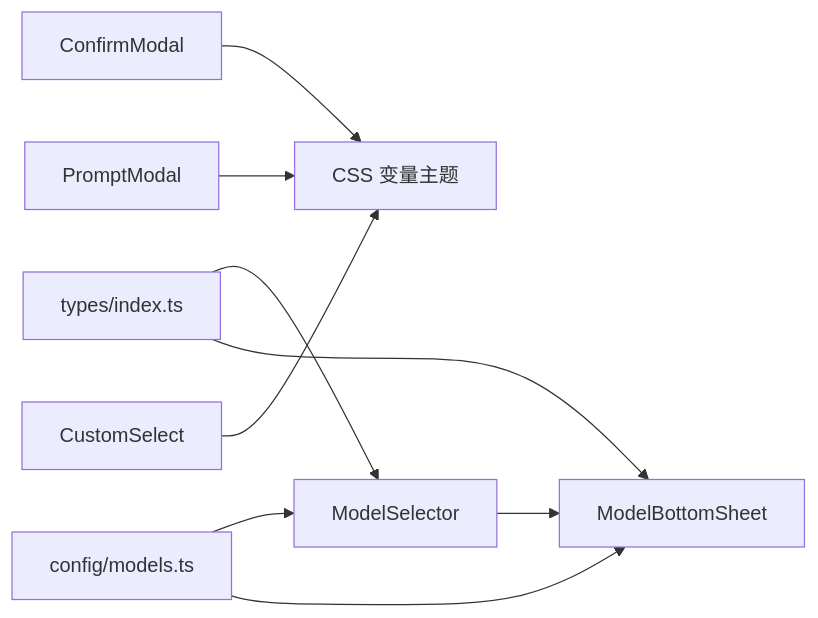
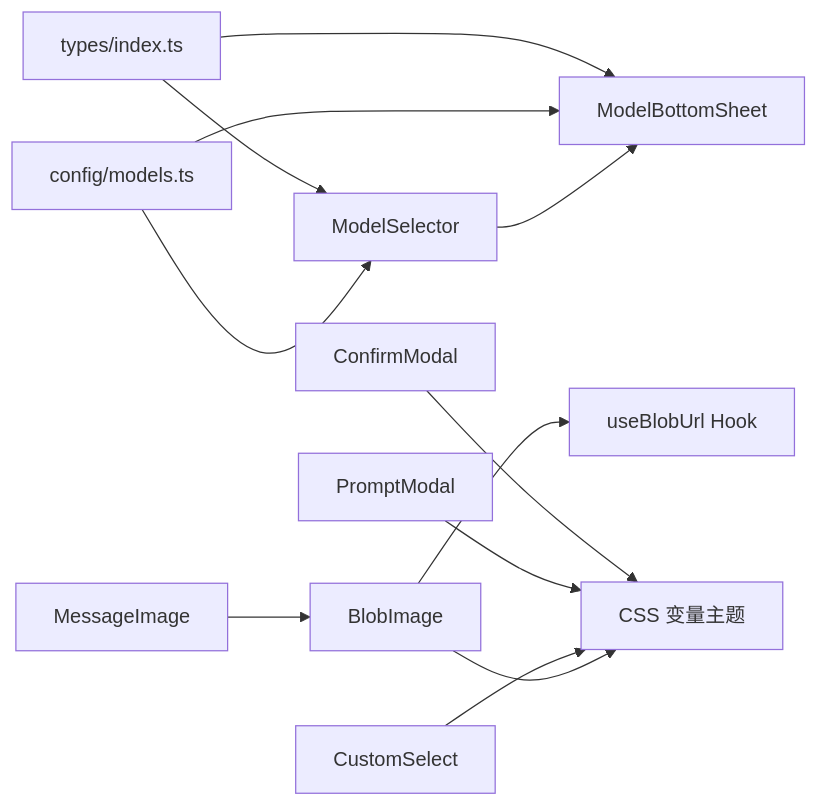
One commit to billye220670/AIShop changed the third of 3 diagrams in .qoder/repowiki/zh/content/架构设计/组件架构设计/通用组件库.md. Above: the diagram before and after it, drawn with Mermaid. The commit also changed other lines of this file and 30 other files, not shown here.

Commit message:
docs: 同步 repowiki 知识库重组（图片压缩工具与消息渲染模块文档）

````diff
--- a/.qoder/repowiki/zh/content/架构设计/组件架构设计/通用组件库.md
+++ b/.qoder/repowiki/zh/content/架构设计/组件架构设计/通用组件库.md
@@ -294,11 +298,14 @@
 ```mermaid
 graph LR
 Types["types/index.ts"] --> MS["ModelSelector"]
 Types --> MBS["ModelBottomSheet"]
 Models["config/models.ts"] --> MS
 Models --> MBS
 MS --> MBS
 CM["ConfirmModal"] --> Styles["CSS 变量主题"]
 PM["PromptModal"] --> Styles
 CS["CustomSelect"] --> Styles
+BI["BlobImage"] --> Hooks["useBlobUrl Hook"]
+MI["MessageImage"] --> BI
+BI --> Styles
 ```
````
